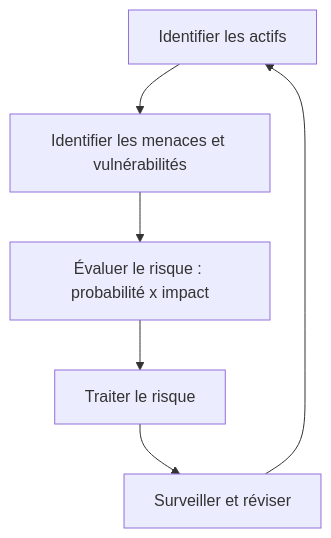
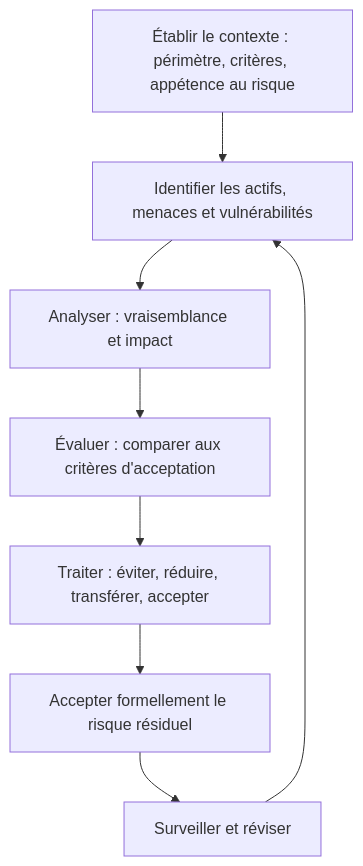
Before and after one commit to AureDulvresse/nyx: the first of 2 diagrams in content/courses/intro-cyber/04-gestion-des-risques.md, drawn with Mermaid. The commit also changed other lines of this file and 167 other files, not shown here.

````diff
--- a/content/courses/intro-cyber/04-gestion-des-risques.md
+++ b/content/courses/intro-cyber/04-gestion-des-risques.md
@@ -39,8 +50,10 @@
 ```mermaid
-graph TD
-    A[Identifier les actifs] --> B[Identifier les menaces et vulnérabilités]
-    B --> C[Évaluer le risque : probabilité x impact]
-    C --> D[Traiter le risque]
-    D --> E[Surveiller et réviser]
-    E --> A
+flowchart TD
+    A["Établir le contexte : périmètre, critères, appétence au risque"] --> B["Identifier les actifs, menaces et vulnérabilités"]
+    B --> C["Analyser : vraisemblance et impact"]
+    C --> D["Évaluer : comparer aux critères d'acceptation"]
+    D --> E["Traiter : éviter, réduire, transférer, accepter"]
+    E --> F["Accepter formellement le risque résiduel"]
+    F --> G["Surveiller et réviser"]
+    G --> B
 ```
````
